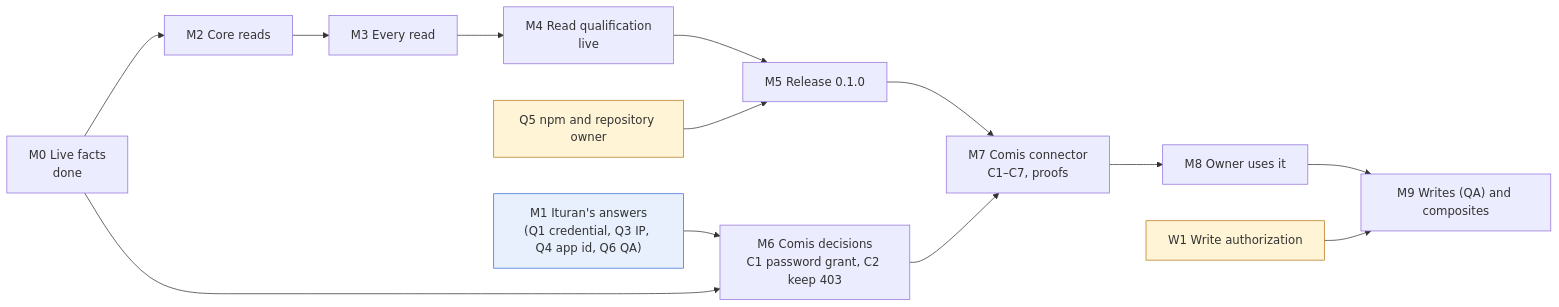
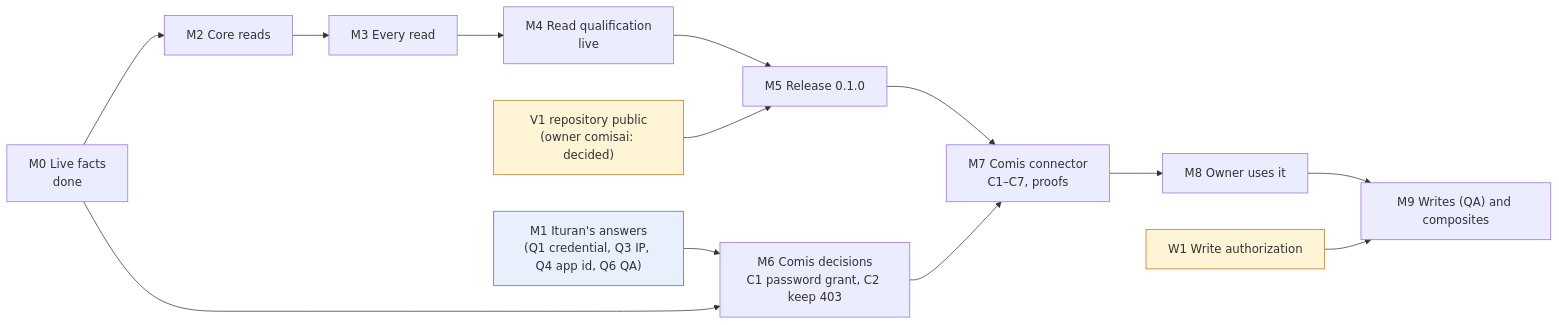
One commit to comisai/ituran-axi changed the first of 2 diagrams in docs/ituran-axi-master-plan.md. Above: the diagram before and after it, drawn with Mermaid. The commit also changed other lines of this file and 2 other files, not shown here.

Commit message:
docs: record the repository owner (comisai) and the public-before-release need

````diff
--- a/docs/ituran-axi-master-plan.md
+++ b/docs/ituran-axi-master-plan.md
@@ -73,17 +73,17 @@
 ```mermaid
 flowchart LR
   M0["M0 Live facts<br/>done"] --> M2["M2 Core reads"]
   M2 --> M3["M3 Every read"]
   M3 --> M4["M4 Read qualification<br/>live"]
   M4 --> M5["M5 Release 0.1.0"]
-  Q5["Q5 npm and repository owner"]:::decision --> M5
+  V1["V1 repository public<br/>(owner comisai: decided)"]:::decision --> M5
   M1["M1 Ituran's answers<br/>(Q1 credential, Q3 IP, Q4 app id, Q6 QA)"]:::ext --> M6
   M0 --> M6["M6 Comis decisions<br/>C1 password grant, C2 keep 403"]
   M5 --> M7["M7 Comis connector<br/>C1–C7, proofs"]
   M6 --> M7
   M7 --> M8["M8 Owner uses it"]
   M8 --> M9["M9 Writes (QA) and composites"]
   W1["W1 Write authorization"]:::decision --> M9
   classDef decision fill:#fff4d6,stroke:#b7791f;
   classDef ext fill:#e8f0fe,stroke:#3b6fd6;
 ```
````
